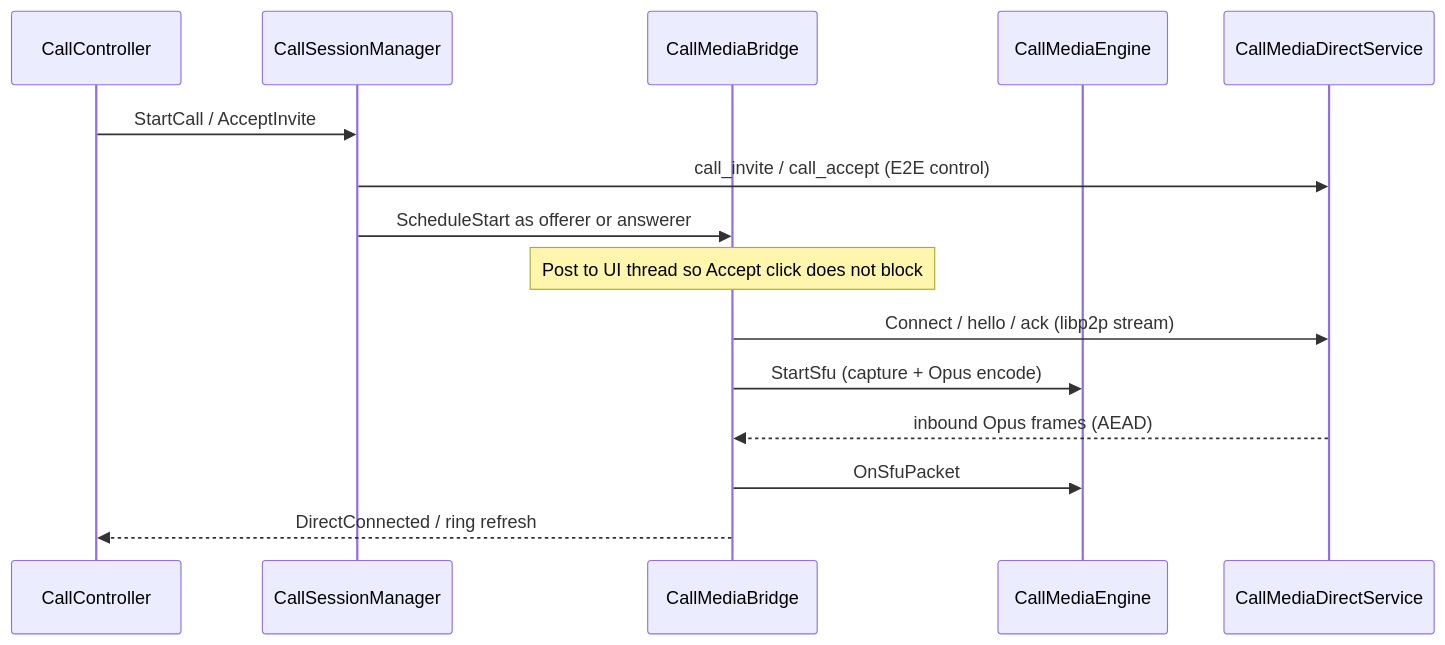
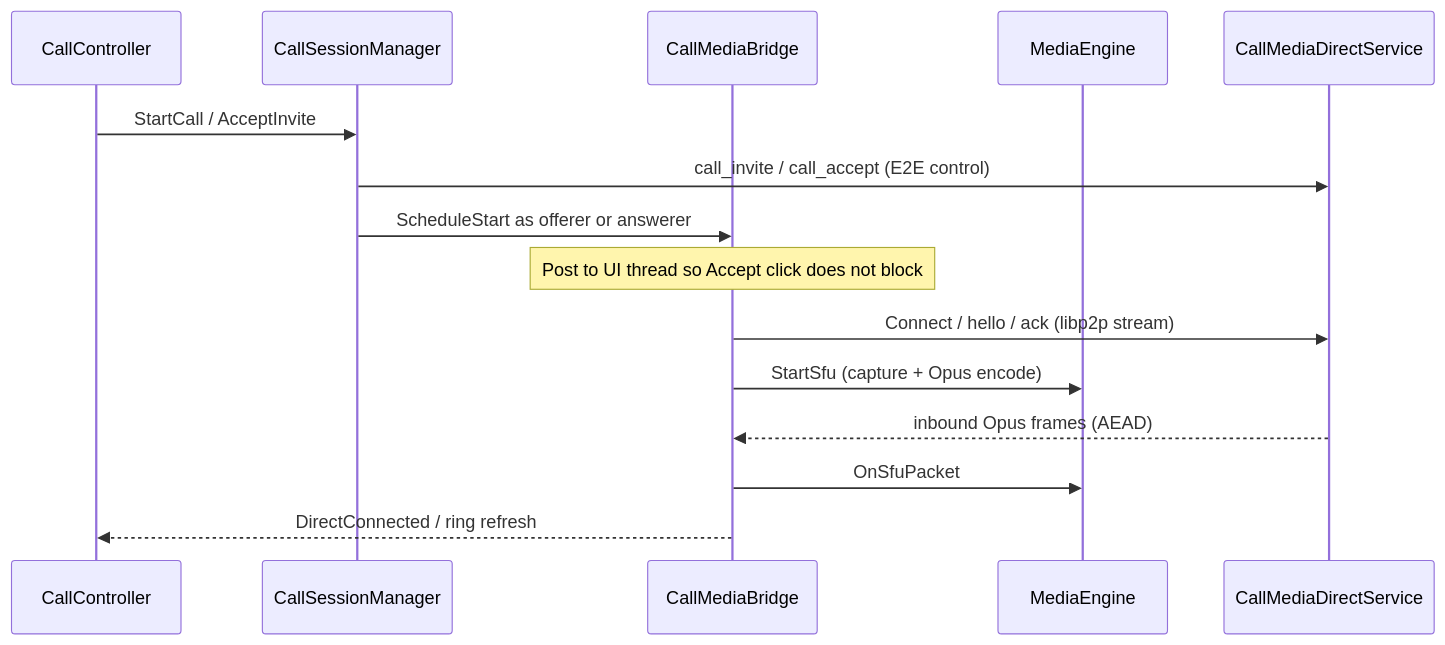
Before and after one commit to people-post/pp-browser: the third of 4 diagrams in docs/architecture/CALLS.md, drawn with Mermaid. The commit also changed other lines of this file and 229 other files, not shown here.

````diff
--- a/docs/architecture/CALLS.md
+++ b/docs/architecture/CALLS.md
@@ -255,18 +255,18 @@
 ```mermaid
 sequenceDiagram
   participant UI as CallController
   participant CSM as CallSessionManager
   participant L2P as CallMediaBridge
-  participant Eng as CallMediaEngine
+  participant Eng as MediaEngine
   participant DM as CallMediaDirectService
 
   UI->>CSM: StartCall / AcceptInvite
   CSM->>DM: call_invite / call_accept (E2E control)
   CSM->>L2P: ScheduleStart as offerer or answerer
   Note over L2P: Post to UI thread so Accept click does not block
   L2P->>DM: Connect / hello / ack (libp2p stream)
   L2P->>Eng: StartSfu (capture + Opus encode)
   DM-->>L2P: inbound Opus frames (AEAD)
   L2P->>Eng: OnSfuPacket
   L2P-->>UI: DirectConnected / ring refresh
 ```
````
